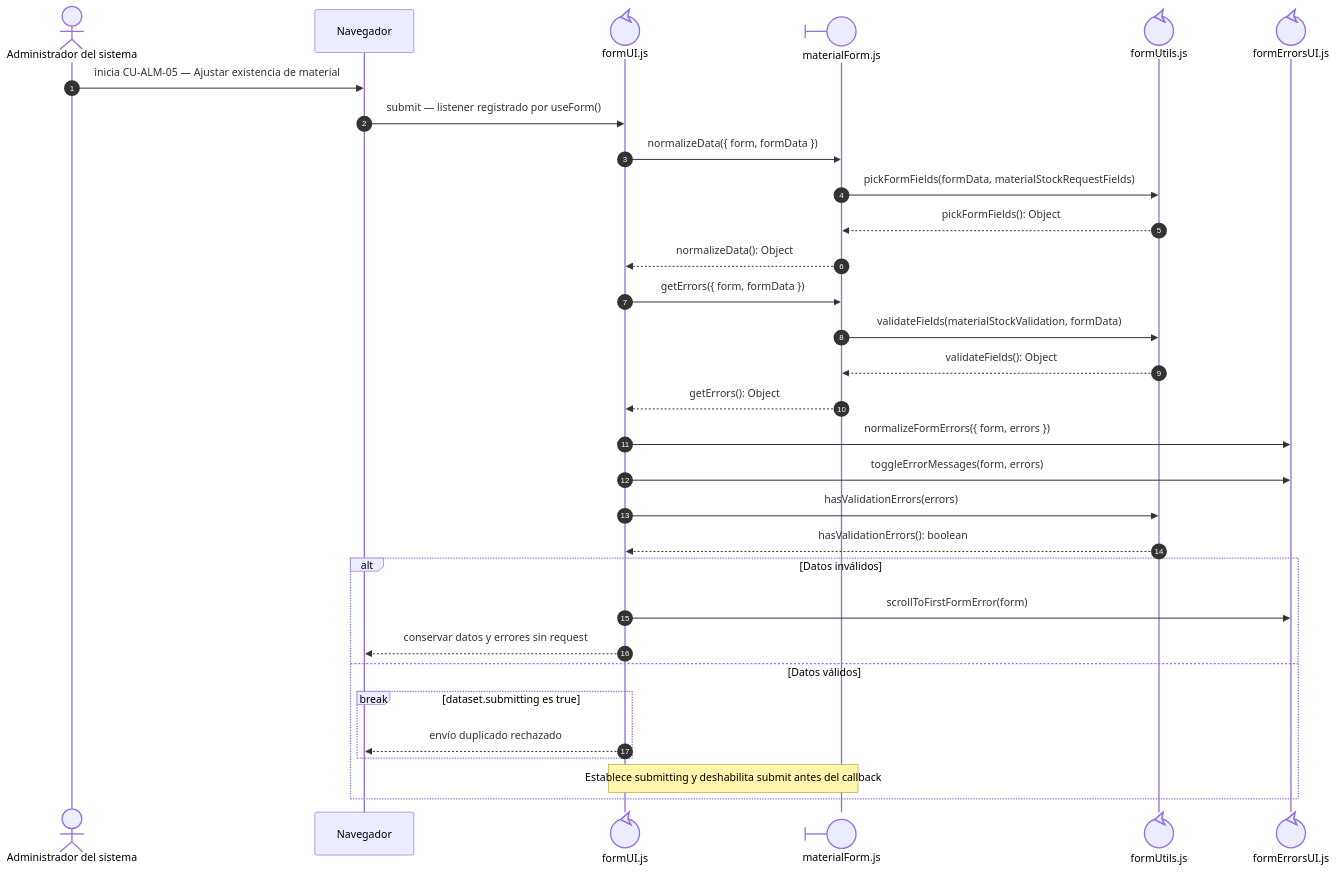
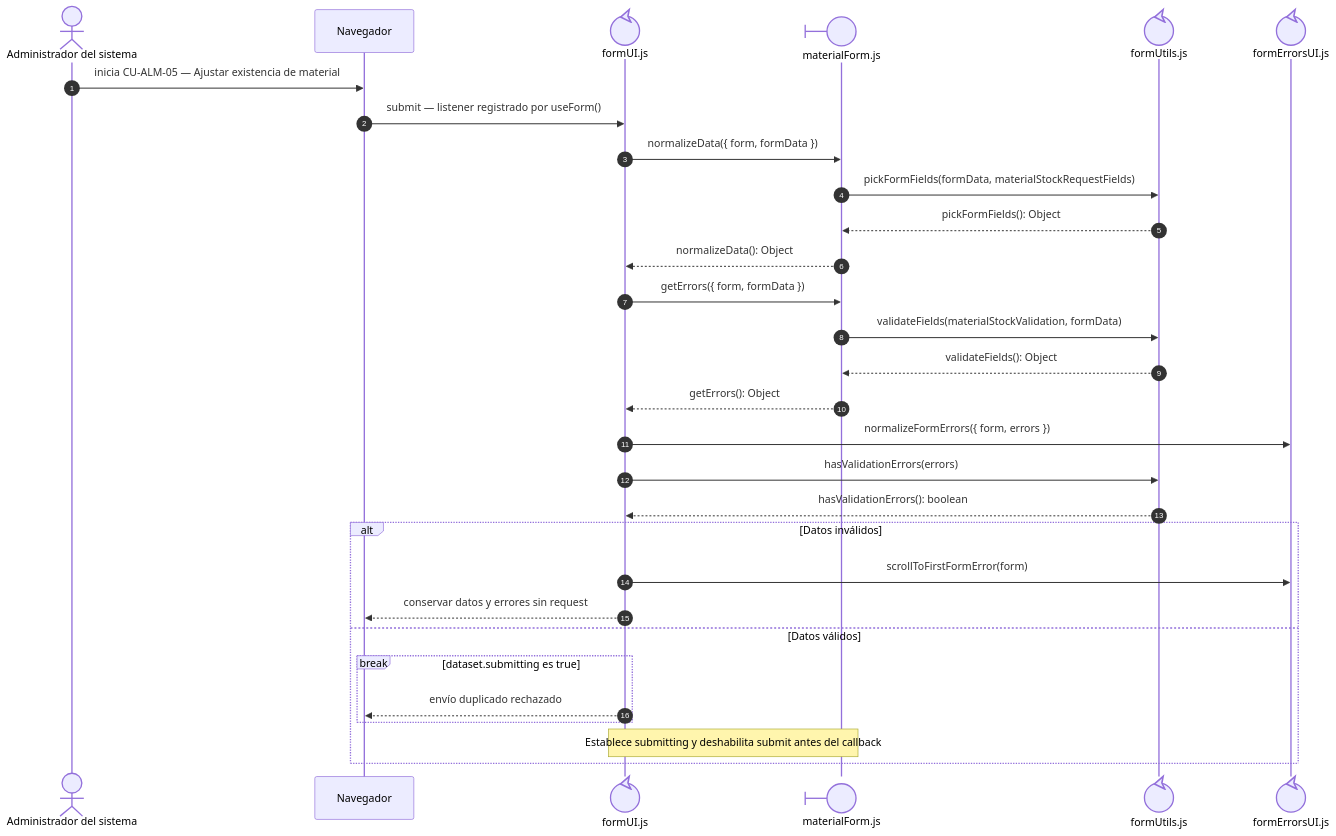
Before and after one commit to gpgsistemas01/nexus: the second of 4 diagrams in docs/architecture/views/processes/frontend-code-sequences/catalogs/cu-alm-05.md, drawn with Mermaid. The commit also changed other lines of this file and 105 other files, not shown here.

````diff
--- a/docs/architecture/views/processes/frontend-code-sequences/catalogs/cu-alm-05.md
+++ b/docs/architecture/views/processes/frontend-code-sequences/catalogs/cu-alm-05.md
@@ -108,34 +109,33 @@
 ```mermaid
 sequenceDiagram
     autonumber
     actor Initiator as Administrador del sistema
     participant Browser as Navegador
     participant FormCore@{ "type": "control" } as formUI.js
     participant Form@{ "type": "boundary" } as materialForm.js
     participant FormUtils@{ "type": "control" } as formUtils.js
     participant FileFormErrorsUI@{ "type": "control" } as formErrorsUI.js
 
     Initiator->>Browser: inicia CU-ALM-05 — Ajustar existencia de material
     Browser->>FormCore: submit — listener registrado por useForm()
     FormCore->>Form: normalizeData({ form, formData })
     Form->>FormUtils: pickFormFields(formData, materialStockRequestFields)
     FormUtils-->>Form: pickFormFields(): Object
     Form-->>FormCore: normalizeData(): Object
     FormCore->>Form: getErrors({ form, formData })
     Form->>FormUtils: validateFields(materialStockValidation, formData)
     FormUtils-->>Form: validateFields(): Object
     Form-->>FormCore: getErrors(): Object
     FormCore->>FileFormErrorsUI: normalizeFormErrors({ form, errors })
-    FormCore->>FileFormErrorsUI: toggleErrorMessages(form, errors)
     FormCore->>FormUtils: hasValidationErrors(errors)
     FormUtils-->>FormCore: hasValidationErrors(): boolean
     alt Datos inválidos
         FormCore->>FileFormErrorsUI: scrollToFirstFormError(form)
         FormCore-->>Browser: conservar datos y errores sin request
     else Datos válidos
         break dataset.submitting es true
             FormCore-->>Browser: envío duplicado rechazado
         end
         Note over FormCore,Form: Establece submitting y deshabilita submit antes del callback
     end
 ```
````
